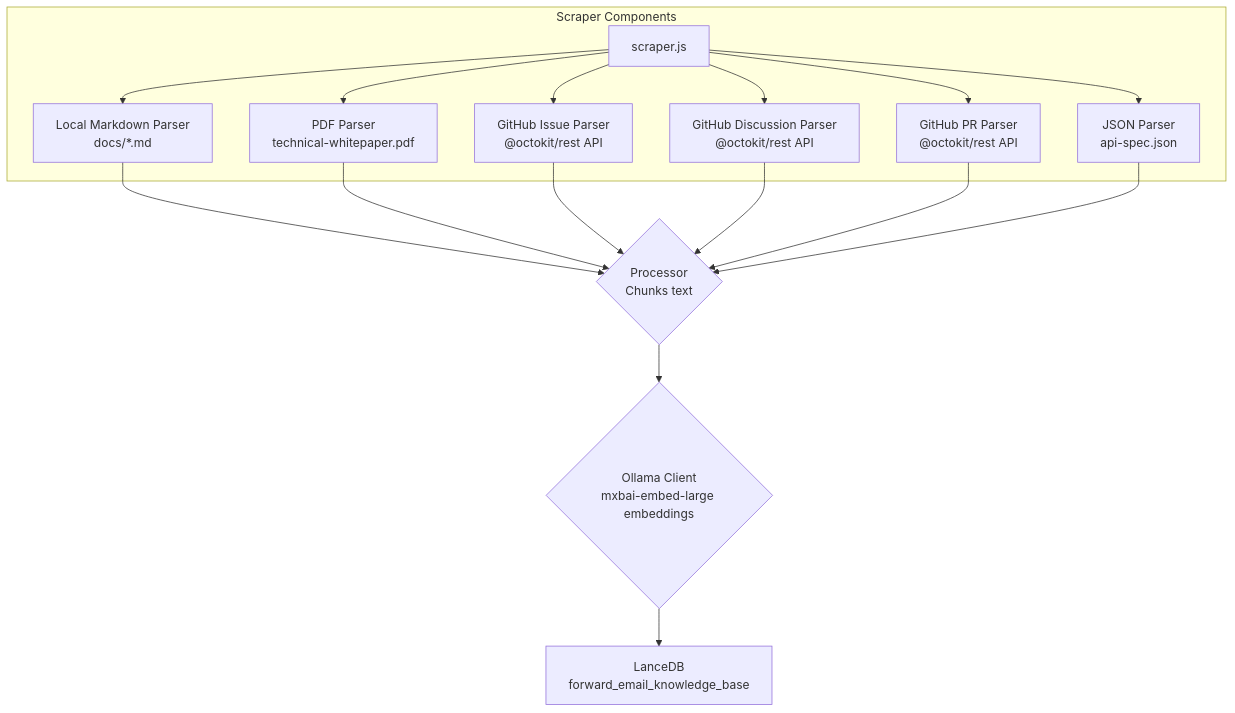
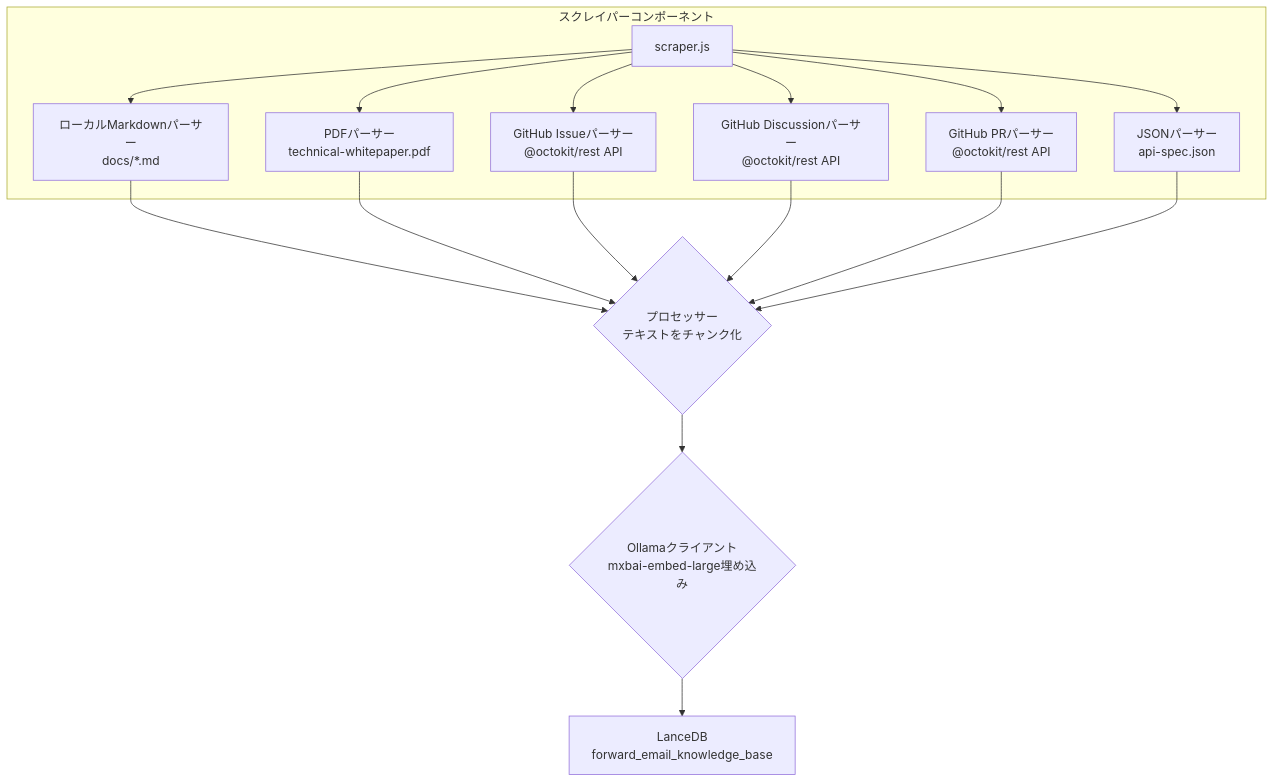
One commit to forwardemail/forwardemail.net changed the second of 3 diagrams in app/views/docs/privacy-first-ai-customer-support-agent-lancedb-ollama-nodejs/index-ja.md. Above: the diagram before and after it, drawn with Mermaid. The commit also changed other lines of this file and 1055 other files, not shown here.

````diff
--- a/app/views/docs/privacy-first-ai-customer-support-agent-lancedb-ollama-nodejs/index-ja.md
+++ b/app/views/docs/privacy-first-ai-customer-support-agent-lancedb-ollama-nodejs/index-ja.md
@@ -458,19 +459,19 @@
 ```mermaid
 graph TD
-    subgraph "Scraper Components"
-        A[scraper.js] --> B[Local Markdown Parser<br/>docs/*.md]
-        A --> C[PDF Parser<br/>technical-whitepaper.pdf]
-        A --> D[GitHub Issue Parser<br/>@octokit/rest API]
-        A --> E[GitHub Discussion Parser<br/>@octokit/rest API]
-        A --> F[GitHub PR Parser<br/>@octokit/rest API]
-        A --> G[JSON Parser<br/>api-spec.json]
+    subgraph "スクレイパーコンポーネント"
+        A[scraper.js] --> B[ローカルMarkdownパーサー<br/>docs/*.md]
+        A --> C[PDFパーサー<br/>technical-whitepaper.pdf]
+        A --> D[GitHub Issueパーサー<br/>@octokit/rest API]
+        A --> E[GitHub Discussionパーサー<br/>@octokit/rest API]
+        A --> F[GitHub PRパーサー<br/>@octokit/rest API]
+        A --> G[JSONパーサー<br/>api-spec.json]
     end
-    B --> I{Processor<br/>Chunks text}
+    B --> I{プロセッサー<br/>テキストをチャンク化}
     C --> I
     D --> I
     E --> I
     F --> I
     G --> I
-    I --> J{Ollama Client<br/>mxbai-embed-large embeddings}
+    I --> J{Ollamaクライアント<br/>mxbai-embed-large埋め込み}
     J --> K[LanceDB<br/>forward_email_knowledge_base]
 ```
````
